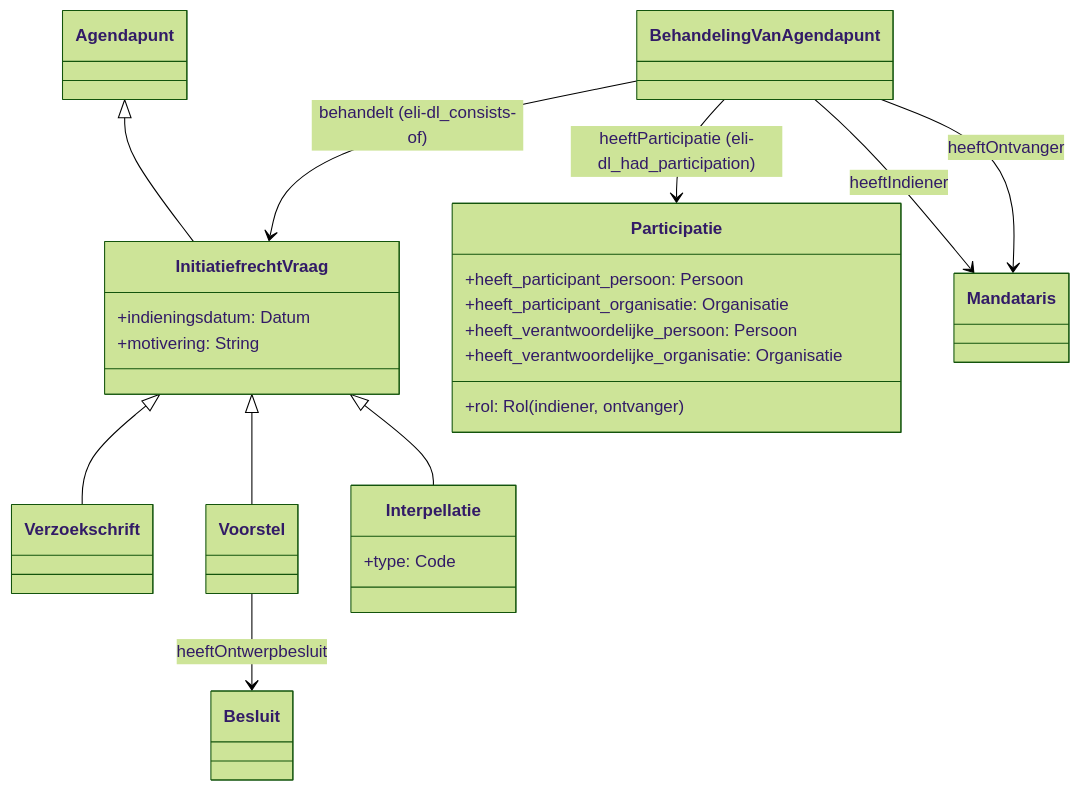
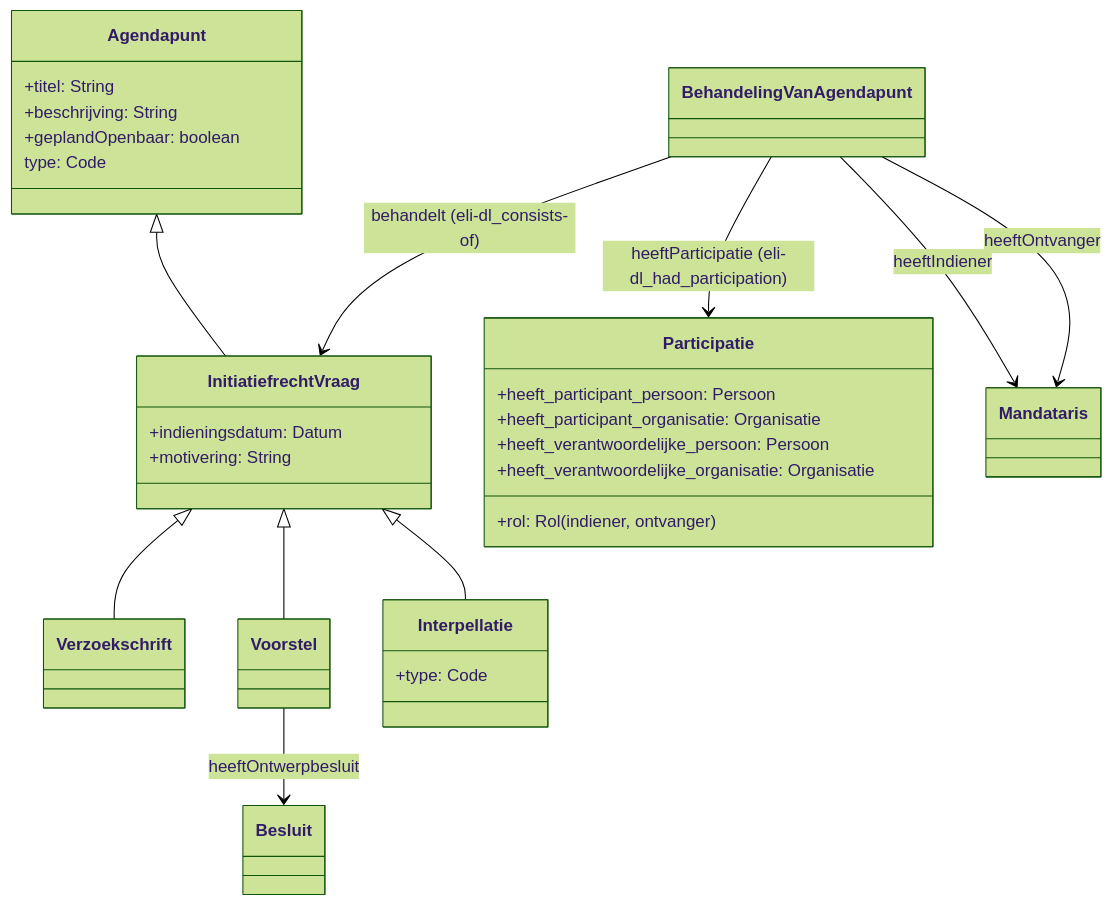
The tenth of 10 diagrams in README.md (Informatievlaanderen/OSLOthema-slimmeRaadpleegOmgeving), drawn with Mermaid (forest theme) before and after one commit.

````diff
--- a/README.md
+++ b/README.md
@@ -344,30 +344,36 @@
 ```mermaid
 classDiagram
     Agendapunt <|-- InitiatiefrechtVraag 
     BehandelingVanAgendapunt --> InitiatiefrechtVraag: behandelt (eli-dl_consists-of)
     InitiatiefrechtVraag <|-- Verzoekschrift
     InitiatiefrechtVraag <|-- Voorstel
     InitiatiefrechtVraag <|-- Interpellatie
 
     Voorstel --> Besluit: heeftOntwerpbesluit
     BehandelingVanAgendapunt --> Participatie: heeftParticipatie (eli-dl_had_participation)
     BehandelingVanAgendapunt --> Mandataris: heeftIndiener
     BehandelingVanAgendapunt --> Mandataris: heeftOntvanger
 
+    class Agendapunt {
+      +titel: String
+      +beschrijving: String
+      +geplandOpenbaar: boolean
+      type: Code
+    }
     class InitiatiefrechtVraag {
       +indieningsdatum: Datum
       +motivering: String
     }
     class Participatie {
       +heeft_participant_persoon: Persoon
       +heeft_participant_organisatie: Organisatie
       +rol: Rol (indiener, ontvanger)
       +heeft_verantwoordelijke_persoon: Persoon
      +heeft_verantwoordelijke_organisatie: Organisatie
     }
 
     class Interpellatie {
       +type: Code
     }
   
 ```
````
